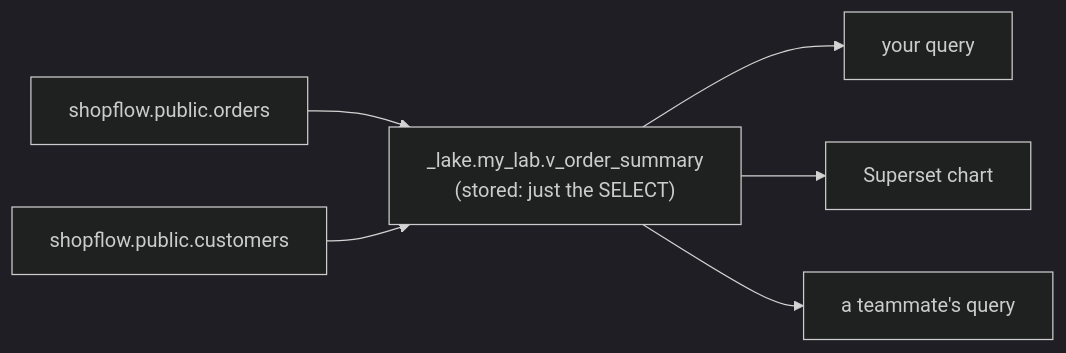
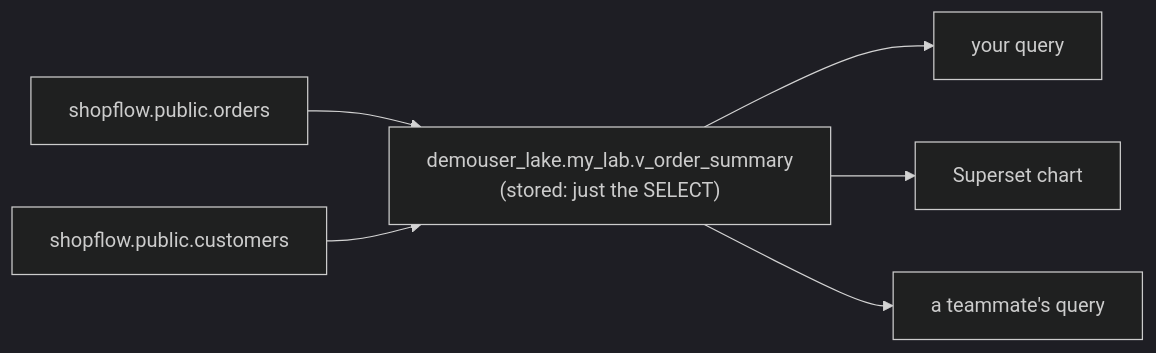
Before and after one commit to maarthala/databrick-local-simulator: the diagram in training/docs/unit2/views.md, drawn with Mermaid (dark theme). The commit also changed other lines of this file and 18 other files, not shown here.

First line of the commit message:
Default lab account demouser (local) — every course example runs as written

````diff
--- a/training/docs/unit2/views.md
+++ b/training/docs/unit2/views.md
@@ -8,8 +8,8 @@
 ```mermaid
 flowchart LR
-  T1["shopflow.public.orders"] --> V["<you>_lake.my_lab.v_order_summary<br/>(stored: just the SELECT)"]
+  T1["shopflow.public.orders"] --> V["demouser_lake.my_lab.v_order_summary<br/>(stored: just the SELECT)"]
   T2["shopflow.public.customers"] --> V
   V --> Q1["your query"]
   V --> Q2["Superset chart"]
   V --> Q3["a teammate's query"]
 ```
````
